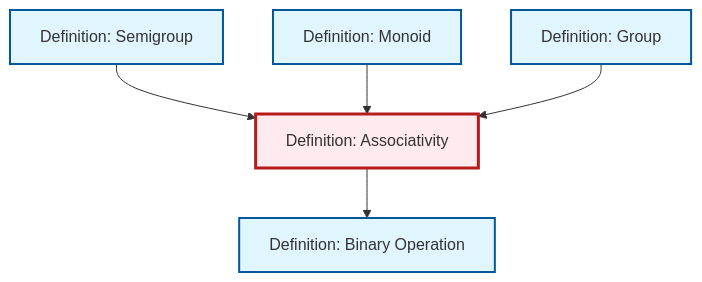
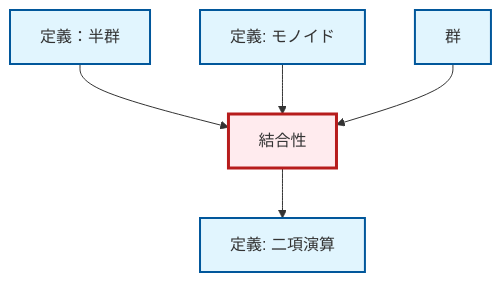
One commit to RK0429/ModernMath changed the diagram in content/ja/algebra/def-associativity.qmd. Above: the diagram before and after it, drawn with Mermaid. The commit also changed 1069 other files, not shown here.

````diff
--- a/content/ja/algebra/def-associativity.qmd
+++ b/content/ja/algebra/def-associativity.qmd
@@ -101,23 +101,23 @@
 ```{mermaid}
 %%| fig-cap: "Local dependency graph"
 graph TD
     classDef definition fill:#e1f5fe,stroke:#01579b,stroke-width:2px
     classDef theorem fill:#f3e5f5,stroke:#4a148c,stroke-width:2px
     classDef axiom fill:#fff3e0,stroke:#e65100,stroke-width:2px
     classDef example fill:#e8f5e9,stroke:#1b5e20,stroke-width:2px
     classDef current fill:#ffebee,stroke:#b71c1c,stroke-width:3px
-    def-monoid["Definition: Monoid"]:::definition
-    def-group["Definition: Group"]:::definition
-    def-binary-operation["Definition: Binary Operation"]:::definition
-    def-semigroup["Definition: Semigroup"]:::definition
-    def-associativity["Definition: Associativity"]:::definition
+    def-associativity["結合性"]:::definition
+    def-binary-operation["定義: 二項演算"]:::definition
+    def-monoid["定義: モノイド"]:::definition
+    def-semigroup["定義：半群"]:::definition
+    def-group["群"]:::definition
     def-associativity --> def-binary-operation
     def-semigroup --> def-associativity
     def-monoid --> def-associativity
     def-group --> def-associativity
     class def-associativity current
-    click def-monoid "def-monoid.html" "Definition: Monoidへ"
-    click def-group "def-group.html" "Definition: Groupへ"
-    click def-binary-operation "def-binary-operation.html" "Definition: Binary Operationへ"
-    click def-semigroup "def-semigroup.html" "Definition: Semigroupへ"
+    click def-binary-operation "def-binary-operation.html" "二項演算の定義へ"
+    click def-monoid "def-monoid.html" "モノイドの定義へ"
+    click def-semigroup "def-semigroup.html" "定義：半群へ"
+    click def-group "def-group.html" "群へ"
 ```
````
